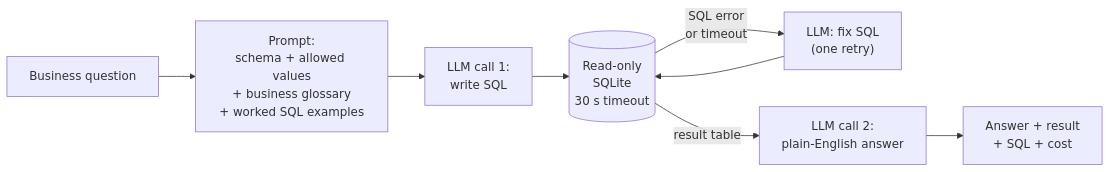
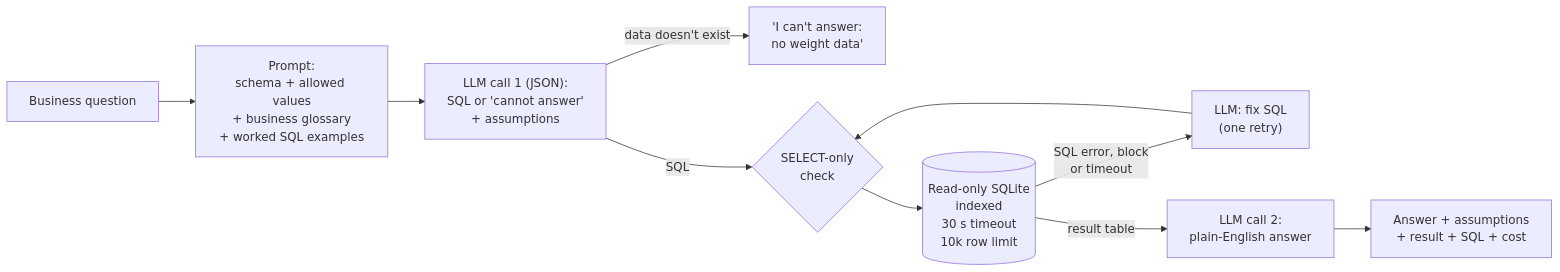
The diagram in README.md (siddhartha2312/logistics-ops-copilot), drawn with Mermaid before and after one commit. The commit also changed other lines of this file and 14 other files, not shown here.

Commit message:
v2: honest refusals, visible assumptions, SELECT-only check, row limit, indexes

````diff
--- a/README.md
+++ b/README.md
@@ -53,10 +53,12 @@
 ```mermaid
 flowchart LR
     Q["Business question"] --> P["Prompt:<br/>schema + allowed values<br/>+ business glossary<br/>+ worked SQL examples"]
-    P --> L1["LLM call 1:<br/>write SQL"]
-    L1 --> DB[("Read-only<br/>SQLite<br/>30 s timeout")]
-    DB -->|"SQL error<br/>or timeout"| FIX["LLM: fix SQL<br/>(one retry)"]
-    FIX --> DB
+    P --> L1["LLM call 1 (JSON):<br/>SQL or 'cannot answer'<br/>+ assumptions"]
+    L1 -->|"data doesn't exist"| NO["'I can't answer:<br/>no weight data'"]
+    L1 -->|SQL| G{"SELECT-only<br/>check"}
+    G --> DB[("Read-only SQLite<br/>indexed<br/>30 s timeout<br/>10k row limit")]
+    DB -->|"SQL error, block<br/>or timeout"| FIX["LLM: fix SQL<br/>(one retry)"]
+    FIX --> G
     DB -->|"result table"| L2["LLM call 2:<br/>plain-English answer"]
-    L2 --> A["Answer + result<br/>+ SQL + cost"]
+    L2 --> A["Answer + assumptions<br/>+ result + SQL + cost"]
 ```
````
